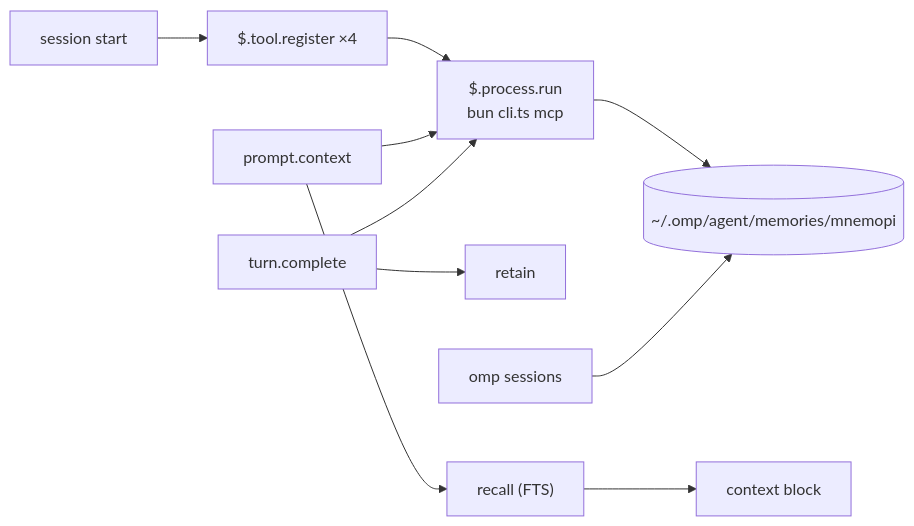
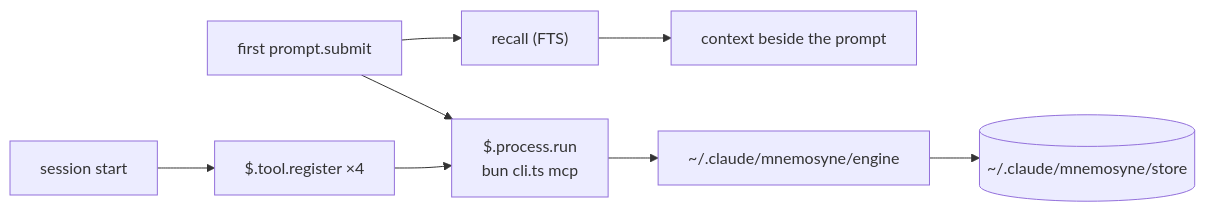
Before and after one commit to Interstellar-code/claude-mnemosyne: the diagram in DESIGN.md, drawn with Mermaid. The commit also changed other lines of this file and 8 other files, not shown here.

First line of the commit message:
feat: v0.1.0 long-term memory on a private Mnemopi engine and store

````diff
--- a/DESIGN.md
+++ b/DESIGN.md
@@ -123,12 +129,10 @@
 ```mermaid
 flowchart LR
   SS["session start"] --> T["$.tool.register ×4"]
-  PC["prompt.context"] --> R["recall (FTS)"]
-  R --> B["context block"]
-  TC["turn.complete"] --> W["retain"]
+  PS["first prompt.submit"] --> R["recall (FTS)"]
+  R --> B["context beside the prompt"]
   T --> P["$.process.run<br/>bun cli.ts mcp"]
-  PC --> P
-  TC --> P
-  P --> DB[("~/.omp/agent/memories/mnemopi")]
-  OMP["omp sessions"] --> DB
+  PS --> P
+  P --> E["~/.claude/mnemosyne/engine"]
+  E --> DB[("~/.claude/mnemosyne/store")]
 ```
````
